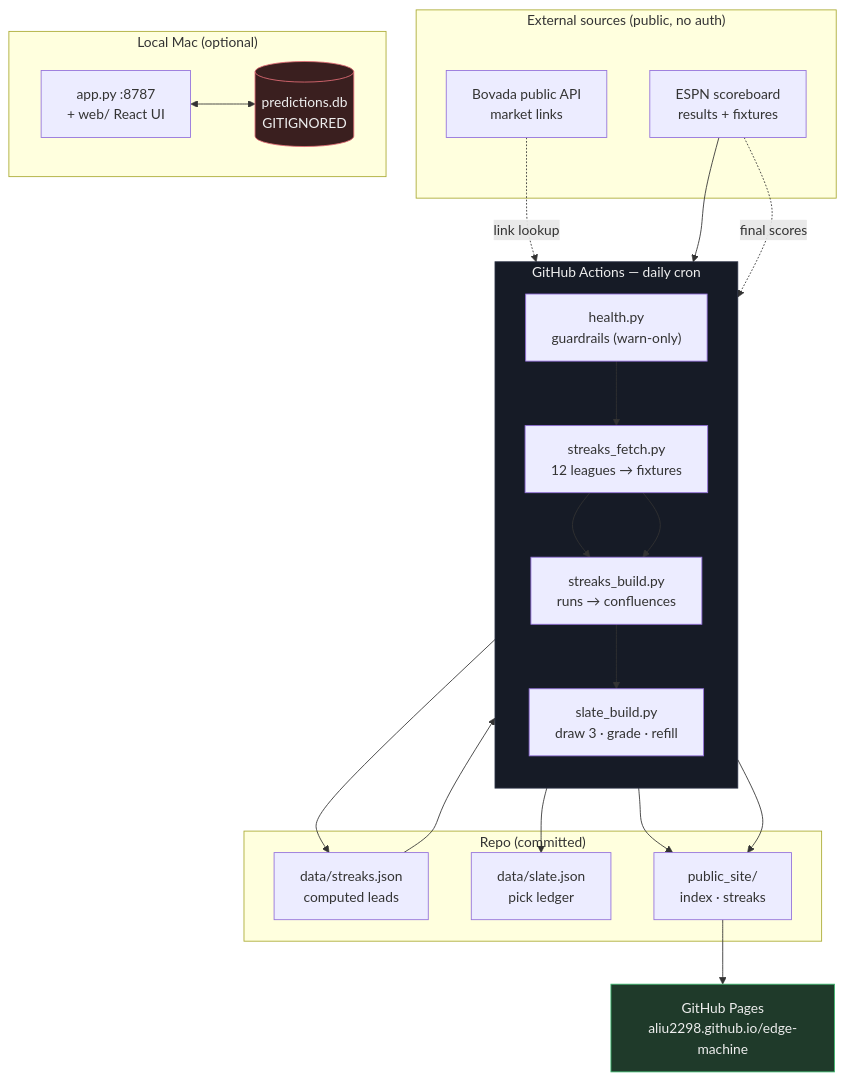
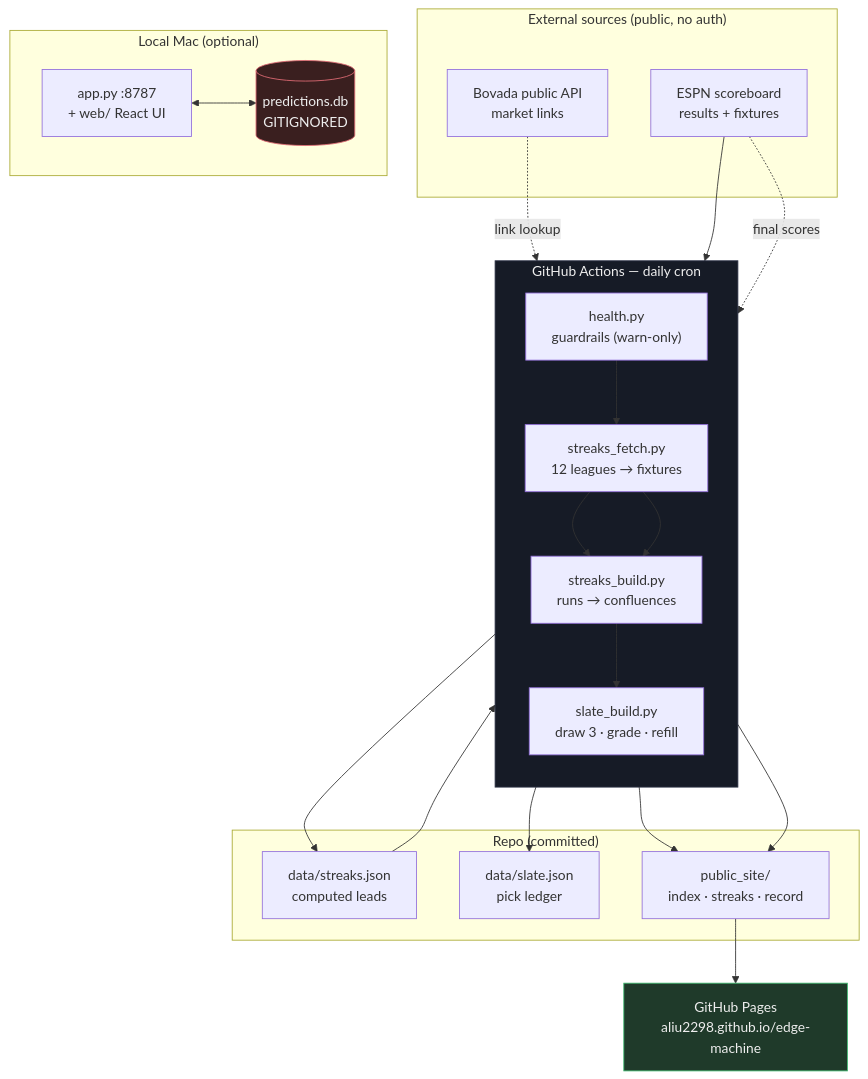
The diagram in README.md (aliu2298/edge-machine), drawn with Mermaid before and after one commit. The commit also changed other lines of this file and 11 other files, not shown here.

````diff
--- a/README.md
+++ b/README.md
@@ -16,42 +17,42 @@
 ```mermaid
 flowchart TB
     subgraph CI["GitHub Actions — daily cron"]
         direction TB
         HC["health.py<br/>guardrails (warn-only)"]
         SF["streaks_fetch.py<br/>12 leagues → fixtures"]
         SB["streaks_build.py<br/>runs → confluences"]
         SL["slate_build.py<br/>draw 3 · grade · refill"]
         HC --> SF --> SB --> SL
     end
 
     subgraph EXT["External sources (public, no auth)"]
         BOV["Bovada public API<br/>market links"]
         ESPN["ESPN scoreboard<br/>results + fixtures"]
     end
 
     subgraph REPO["Repo (committed)"]
         SJ["data/streaks.json<br/>computed leads"]
         SLJ["data/slate.json<br/>pick ledger"]
-        OUT["public_site/<br/>index · streaks"]
+        OUT["public_site/<br/>index · streaks · record"]
     end
 
     subgraph LOCAL["Local Mac (optional)"]
         APP["app.py :8787<br/>+ web/ React UI"]
         DB[("predictions.db<br/>GITIGNORED")]
         APP <--> DB
     end
 
     BOV -.link lookup.-> SB
     ESPN --> SF
     ESPN -.final scores.-> SL
 
     SF --> SB --> SJ --> SL --> SLJ
     SB --> OUT
     SL --> OUT
 
     OUT --> PAGES["GitHub Pages<br/>aliu2298.github.io/edge-machine"]
 
     style DB fill:#3a1f1f,stroke:#e06c75,color:#eee
     style PAGES fill:#1f3a2a,stroke:#3fb970,color:#eee
     style CI fill:#161b26,stroke:#2b3245,color:#eee
 ```
````
